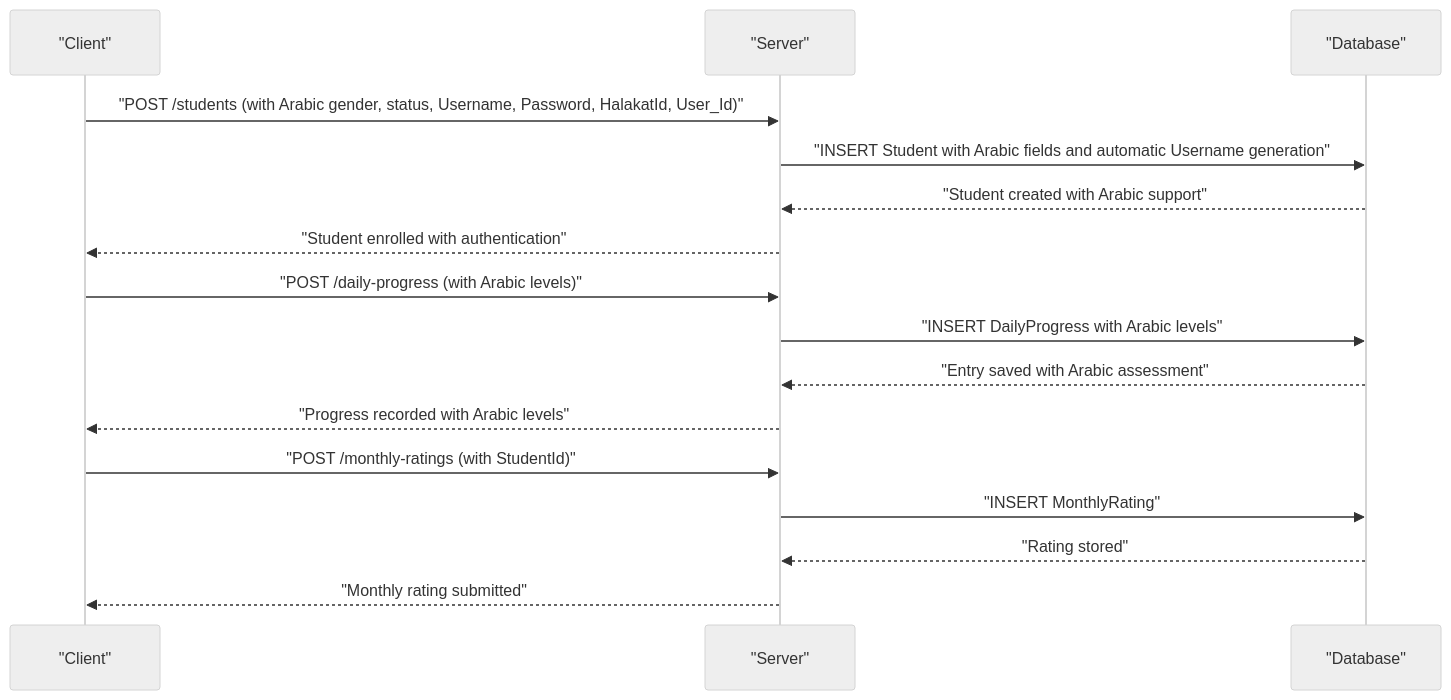
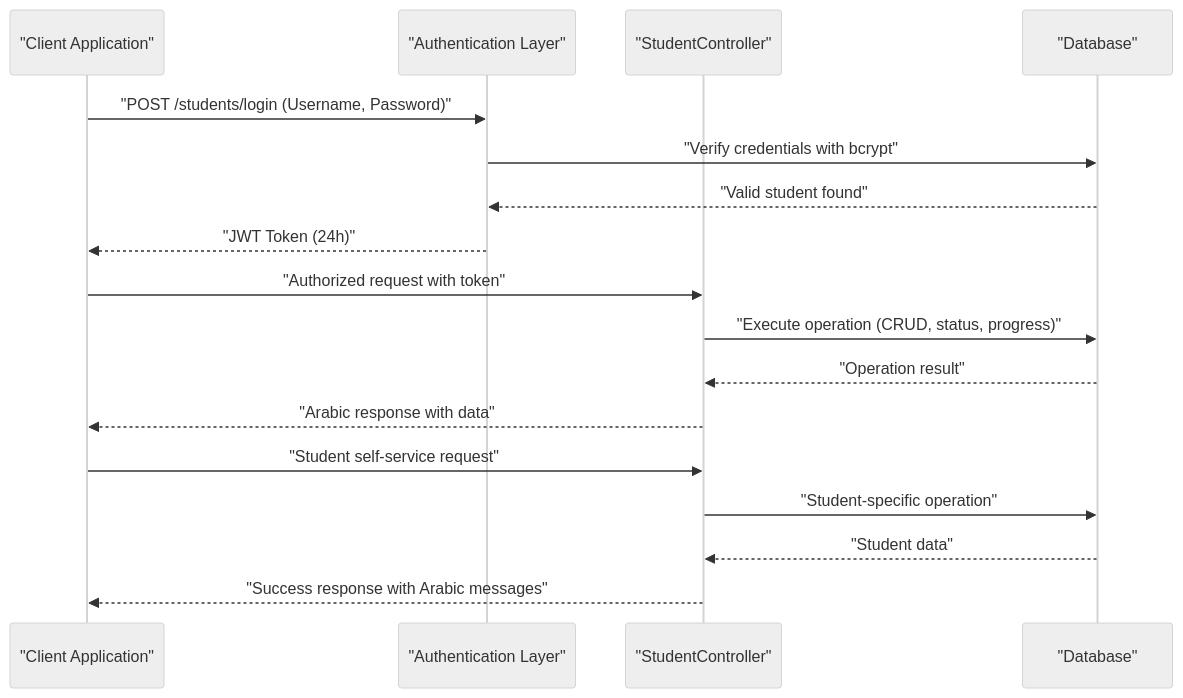
One commit to Mreng78/khirocom_project changed the fourth of 4 diagrams in .qoder/repowiki/en/content/Feature Modules/Student Management.md. Above: the diagram before and after it, drawn with Mermaid (neutral theme). The commit also changed other lines of this file and 17 other files, not shown here.

Commit message:
creat daily progress controller

````diff
--- a/.qoder/repowiki/en/content/Feature Modules/Student Management.md
+++ b/.qoder/repowiki/en/content/Feature Modules/Student Management.md
@@ -426,18 +591,19 @@
 ```mermaid
 sequenceDiagram
-participant Client as "Client"
-participant Server as "Server"
+participant Client as "Client Application"
+participant Auth as "Authentication Layer"
+participant API as "StudentController"
 participant DB as "Database"
-Client->>Server : "POST /students (with Arabic gender, status, Username, Password, HalakatId, User_Id)"
-Server->>DB : "INSERT Student with Arabic fields and automatic Username generation"
-DB-->>Server : "Student created with Arabic support"
-Server-->>Client : "Student enrolled with authentication"
-Client->>Server : "POST /daily-progress (with Arabic levels)"
-Server->>DB : "INSERT DailyProgress with Arabic levels"
-DB-->>Server : "Entry saved with Arabic assessment"
-Server-->>Client : "Progress recorded with Arabic levels"
-Client->>Server : "POST /monthly-ratings (with StudentId)"
-Server->>DB : "INSERT MonthlyRating"
-DB-->>Server : "Rating stored"
-Server-->>Client : "Monthly rating submitted"
+Client->>Auth : "POST /students/login (Username, Password)"
+Auth->>DB : "Verify credentials with bcrypt"
+DB-->>Auth : "Valid student found"
+Auth-->>Client : "JWT Token (24h)"
+Client->>API : "Authorized request with token"
+API->>DB : "Execute operation (CRUD, status, progress)"
+DB-->>API : "Operation result"
+API-->>Client : "Arabic response with data"
+Client->>API : "Student self-service request"
+API->>DB : "Student-specific operation"
+DB-->>API : "Student data"
+API-->>Client : "Success response with Arabic messages"
 ```
````
